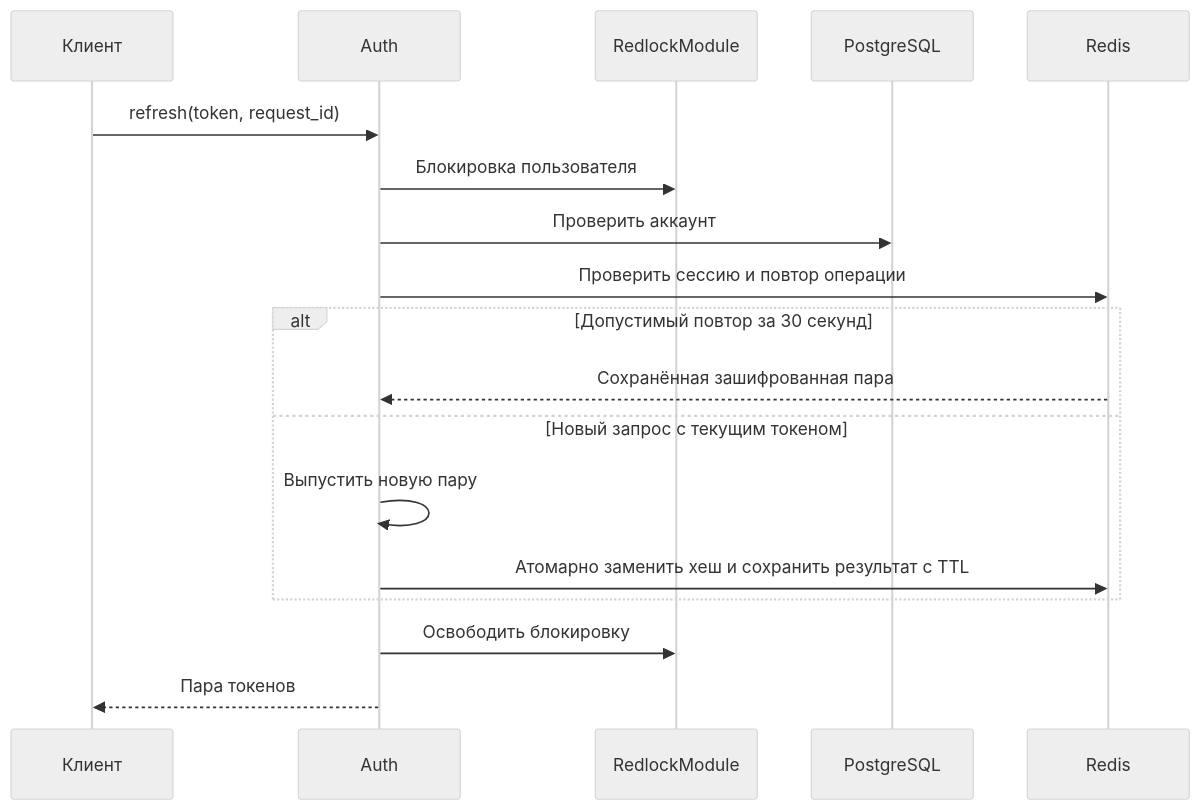
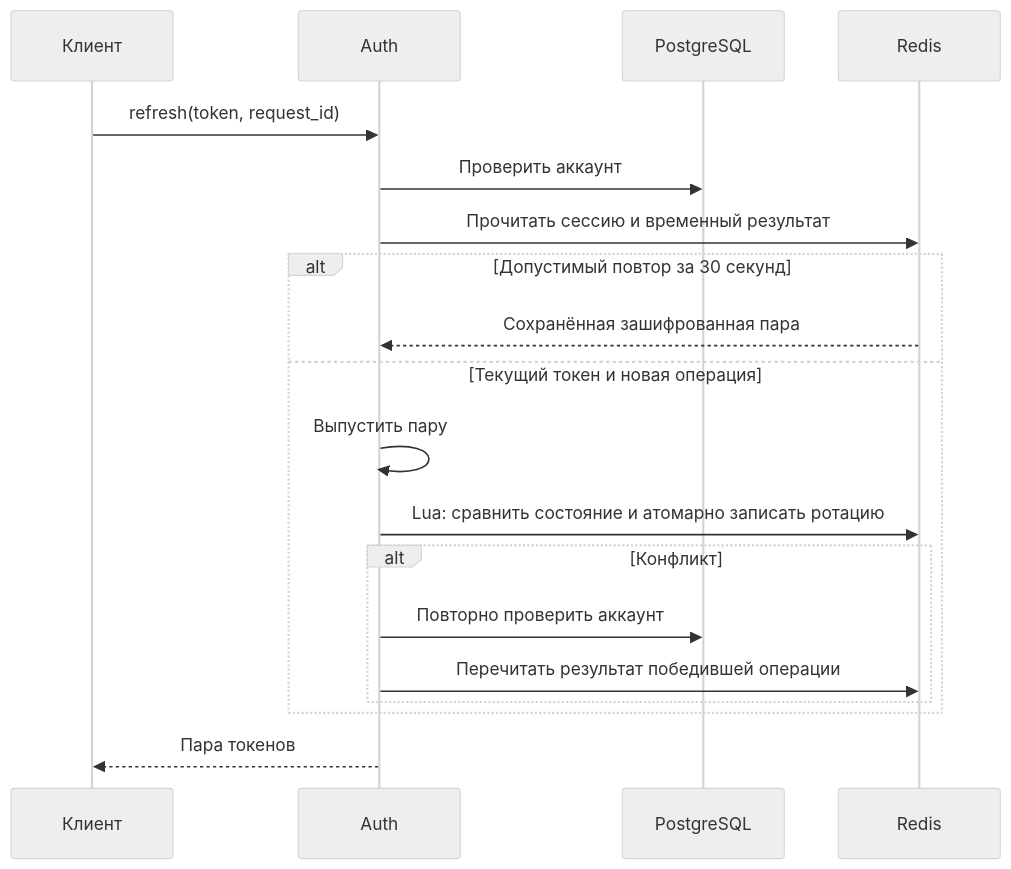
The first of 3 diagrams in docs/backend/modules/auth.md (roga-i-kopita-js/GChat), drawn with Mermaid (neutral theme) before and after one commit. The commit also changed other lines of this file and 8 other files, not shown here.

````diff
--- a/docs/backend/modules/auth.md
+++ b/docs/backend/modules/auth.md
@@ -143,20 +143,21 @@
 ```mermaid
 sequenceDiagram
   participant C as Клиент
   participant A as Auth
-  participant L as RedlockModule
   participant P as PostgreSQL
   participant R as Redis
   C->>A: refresh(token, request_id)
-  A->>L: Блокировка пользователя
   A->>P: Проверить аккаунт
-  A->>R: Проверить сессию и повтор операции
+  A->>R: Прочитать сессию и временный результат
   alt Допустимый повтор за 30 секунд
     R-->>A: Сохранённая зашифрованная пара
-  else Новый запрос с текущим токеном
-    A->>A: Выпустить новую пару
-    A->>R: Атомарно заменить хеш и сохранить результат с TTL
+  else Текущий токен и новая операция
+    A->>A: Выпустить пару
+    A->>R: Lua: сравнить состояние и атомарно записать ротацию
+    alt Конфликт
+      A->>P: Повторно проверить аккаунт
+      A->>R: Перечитать результат победившей операции
+    end
   end
-  A->>L: Освободить блокировку
   A-->>C: Пара токенов
 ```
````
